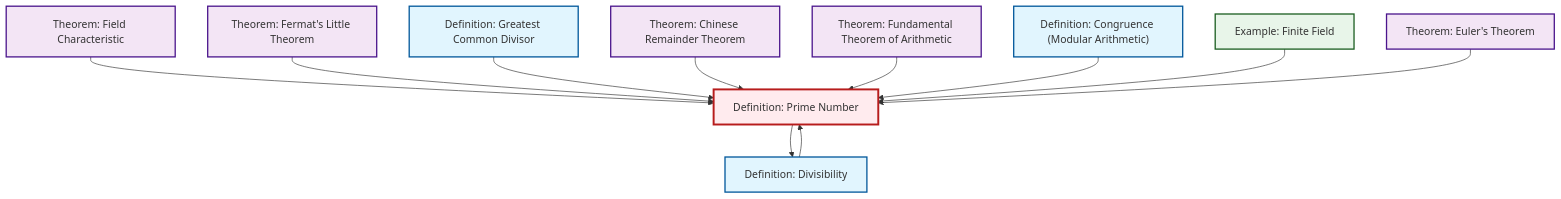
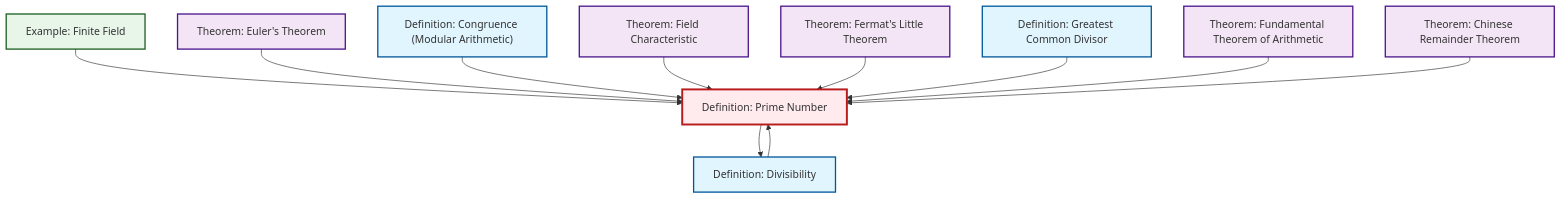
The diagram in content/ja/number-theory/def-prime.qmd (RK0429/ModernMath), drawn with Mermaid before and after one commit. The commit also changed other lines of this file and 581 other files, not shown here.

````diff
--- a/content/ja/number-theory/def-prime.qmd
+++ b/content/ja/number-theory/def-prime.qmd
@@ -56,39 +56,39 @@
 ```{mermaid}
 %%| fig-cap: "Local dependency graph"
 graph TD
     classDef definition fill:#e1f5fe,stroke:#01579b,stroke-width:2px
     classDef theorem fill:#f3e5f5,stroke:#4a148c,stroke-width:2px
     classDef axiom fill:#fff3e0,stroke:#e65100,stroke-width:2px
     classDef example fill:#e8f5e9,stroke:#1b5e20,stroke-width:2px
     classDef current fill:#ffebee,stroke:#b71c1c,stroke-width:3px
+    thm-euler["Theorem: Euler's Theorem"]:::theorem
+    def-divisibility["Definition: Divisibility"]:::definition
+    ex-finite-field["Example: Finite Field"]:::example
+    thm-chinese-remainder["Theorem: Chinese Remainder Theorem"]:::theorem
     def-prime["Definition: Prime Number"]:::definition
-    thm-chinese-remainder["Theorem: Chinese Remainder Theorem"]:::theorem
-    def-divisibility["Definition: Divisibility"]:::definition
+    def-congruence["Definition: Congruence (Modular Arithmetic)"]:::definition
     thm-fundamental-arithmetic["Theorem: Fundamental Theorem of Arithmetic"]:::theorem
-    ex-finite-field["Example: Finite Field"]:::example
+    def-gcd["Definition: Greatest Common Divisor"]:::definition
     thm-field-characteristic["Theorem: Field Characteristic"]:::theorem
-    thm-euler["Theorem: Euler's Theorem"]:::theorem
     thm-fermat-little["Theorem: Fermat's Little Theorem"]:::theorem
-    def-congruence["Definition: Congruence (Modular Arithmetic)"]:::definition
-    def-gcd["Definition: Greatest Common Divisor"]:::definition
+    ex-finite-field --> def-prime
+    thm-euler --> def-prime
+    def-congruence --> def-prime
     thm-field-characteristic --> def-prime
+    def-divisibility --> def-prime
     thm-fermat-little --> def-prime
     def-gcd --> def-prime
+    thm-fundamental-arithmetic --> def-prime
+    thm-chinese-remainder --> def-prime
     def-prime --> def-divisibility
-    thm-chinese-remainder --> def-prime
-    thm-fundamental-arithmetic --> def-prime
-    def-divisibility --> def-prime
-    def-congruence --> def-prime
-    ex-finite-field --> def-prime
-    thm-euler --> def-prime
     class def-prime current
+    click thm-euler "thm-euler.html" "Theorem: Euler's Theoremへ"
+    click def-divisibility "def-divisibility.html" "Definition: Divisibilityへ"
+    click ex-finite-field "ex-finite-field.html" "Example: Finite Fieldへ"
     click thm-chinese-remainder "thm-chinese-remainder.html" "Theorem: Chinese Remainder Theoremへ"
-    click def-divisibility "def-divisibility.html" "Definition: Divisibilityへ"
+    click def-congruence "def-congruence.html" "Definition: Congruence (Modular Arithmetic)へ"
     click thm-fundamental-arithmetic "thm-fundamental-arithmetic.html" "Theorem: Fundamental Theorem of Arithmeticへ"
-    click ex-finite-field "ex-finite-field.html" "Example: Finite Fieldへ"
+    click def-gcd "def-gcd.html" "Definition: Greatest Common Divisorへ"
     click thm-field-characteristic "thm-field-characteristic.html" "Theorem: Field Characteristicへ"
-    click thm-euler "thm-euler.html" "Theorem: Euler's Theoremへ"
     click thm-fermat-little "thm-fermat-little.html" "Theorem: Fermat's Little Theoremへ"
-    click def-congruence "def-congruence.html" "Definition: Congruence (Modular Arithmetic)へ"
-    click def-gcd "def-gcd.html" "Definition: Greatest Common Divisorへ"
 ```
````
